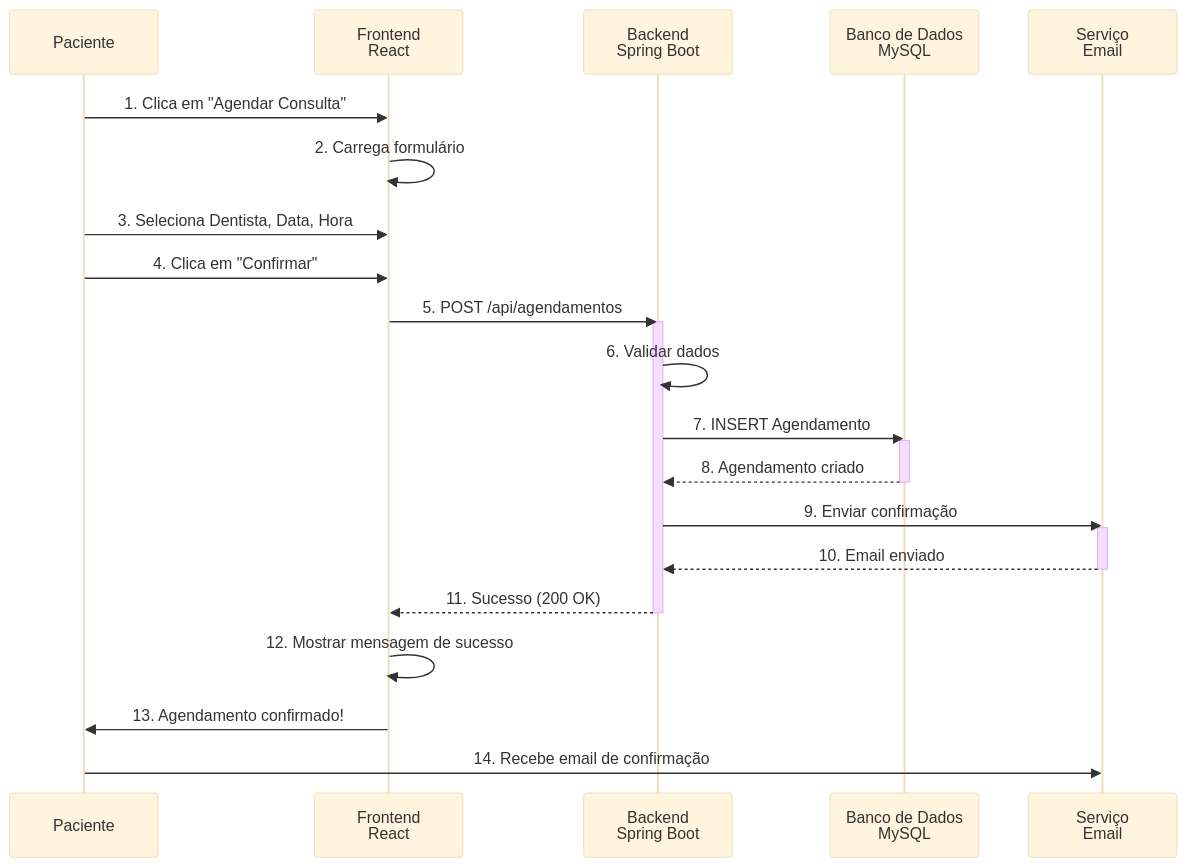
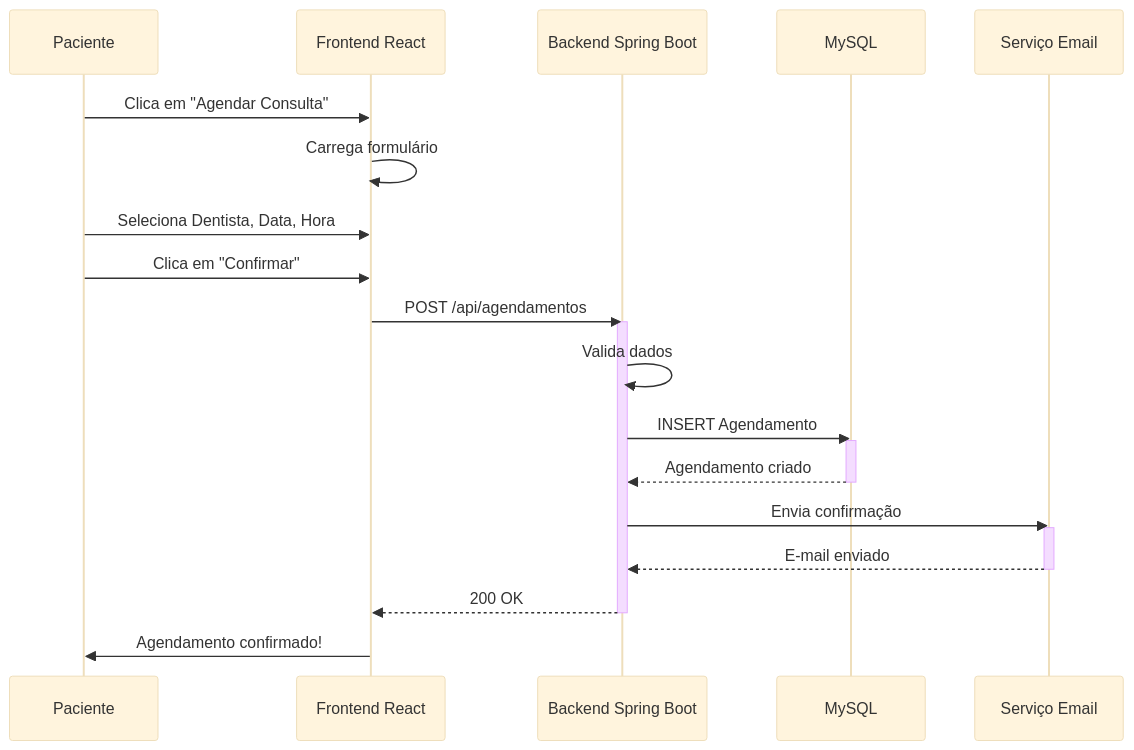
The third of 9 diagrams in README.md (grsantos56/clinica-odontologica), drawn with Mermaid (base theme) before and after one commit. The commit also changed other lines of this file, not shown here.

````diff
--- a/README.md
+++ b/README.md
@@ -1498,34 +550,27 @@
 ```mermaid
 sequenceDiagram
     participant Paciente
-    participant Frontend as Frontend<br/>React
-    participant Backend as Backend<br/>Spring Boot
-    participant BD as Banco de Dados<br/>MySQL
-    participant Email as Serviço<br/>Email
+    participant Frontend as Frontend React
+    participant Backend as Backend Spring Boot
+    participant BD as MySQL
+    participant Email as Serviço Email
 
-    Paciente->>Frontend: 1. Clica em "Agendar Consulta"
-    Frontend->>Frontend: 2. Carrega formulário
-    Paciente->>Frontend: 3. Seleciona Dentista, Data, Hora
-    Paciente->>Frontend: 4. Clica em "Confirmar"
-    
-    Frontend->>Backend: 5. POST /api/agendamentos
+    Paciente->>Frontend: Clica em "Agendar Consulta"
+    Frontend->>Frontend: Carrega formulário
+    Paciente->>Frontend: Seleciona Dentista, Data, Hora
+    Paciente->>Frontend: Clica em "Confirmar"
+    Frontend->>Backend: POST /api/agendamentos
     activate Backend
-    Backend->>Backend: 6. Validar dados
-    Backend->>BD: 7. INSERT Agendamento
+    Backend->>Backend: Valida dados
+    Backend->>BD: INSERT Agendamento
     activate BD
-    BD-->>Backend: 8. Agendamento criado
+    BD-->>Backend: Agendamento criado
     deactivate BD
-    
-    Backend->>Email: 9. Enviar confirmação
+    Backend->>Email: Envia confirmação
     activate Email
-    Email-->>Backend: 10. Email enviado
+    Email-->>Backend: E-mail enviado
     deactivate Email
-    
-    Backend-->>Frontend: 11. Sucesso (200 OK)
+    Backend-->>Frontend: 200 OK
     deactivate Backend
-    
-    Frontend->>Frontend: 12. Mostrar mensagem de sucesso
-    Frontend->>Paciente: 13. Agendamento confirmado!
-    Paciente->>Email: 14. Recebe email de confirmação
-
+    Frontend->>Paciente: Agendamento confirmado!
 ```
````
